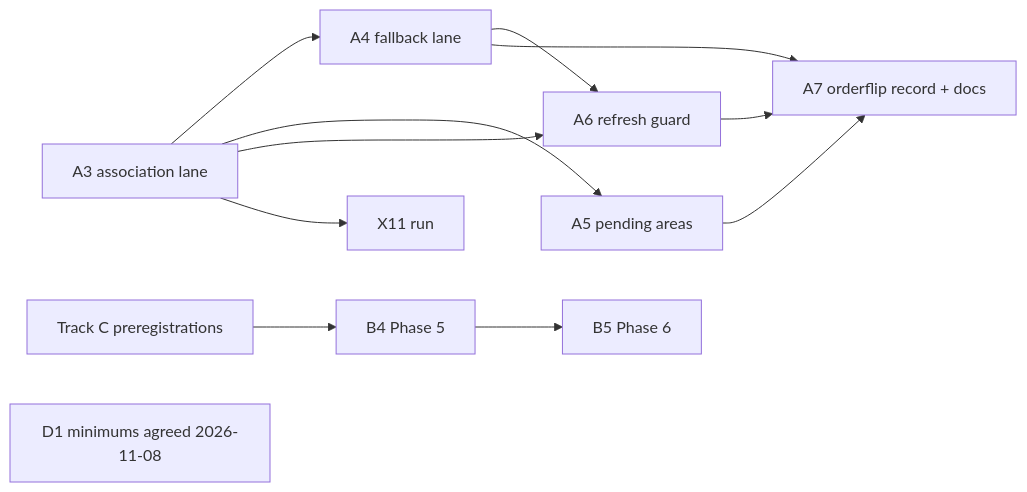
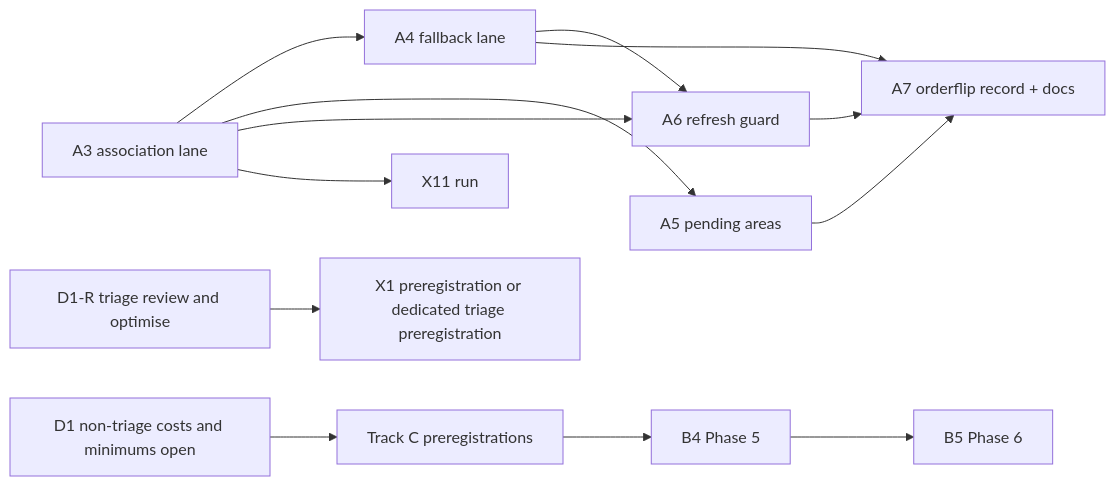
The diagram in docs/plans/2026-11-06-remaining-work.md (adam-jackson-cf/scout), drawn with Mermaid before and after one commit. The commit also changed other lines of this file and 13 other files, not shown here.

````diff
--- a/docs/plans/2026-11-06-remaining-work.md
+++ b/docs/plans/2026-11-06-remaining-work.md
@@ -22,14 +22,15 @@
 ```mermaid
 flowchart LR
   A3[A3 association lane] --> A4[A4 fallback lane]
   A3 --> A5[A5 pending areas]
   A4 --> A6[A6 refresh guard]
   A3 --> A6
   A4 --> A7[A7 orderflip record + docs]
   A5 --> A7
   A6 --> A7
   C[Track C preregistrations] --> B4[B4 Phase 5]
-  D1[D1 minimums agreed 2026-11-08]
+  D1[D1 non-triage costs and minimums open] --> C
+  D1R[D1-R triage review and optimise] --> X1[X1 preregistration or dedicated triage preregistration]
   B4 --> B5[B5 Phase 6]
   A3 --> X11[X11 run]
 ```
````
